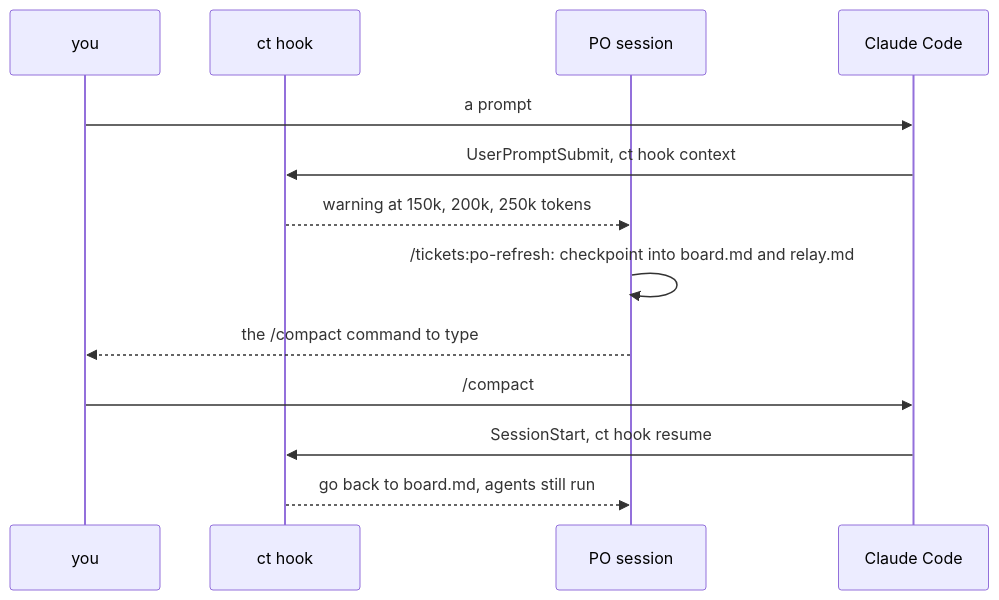
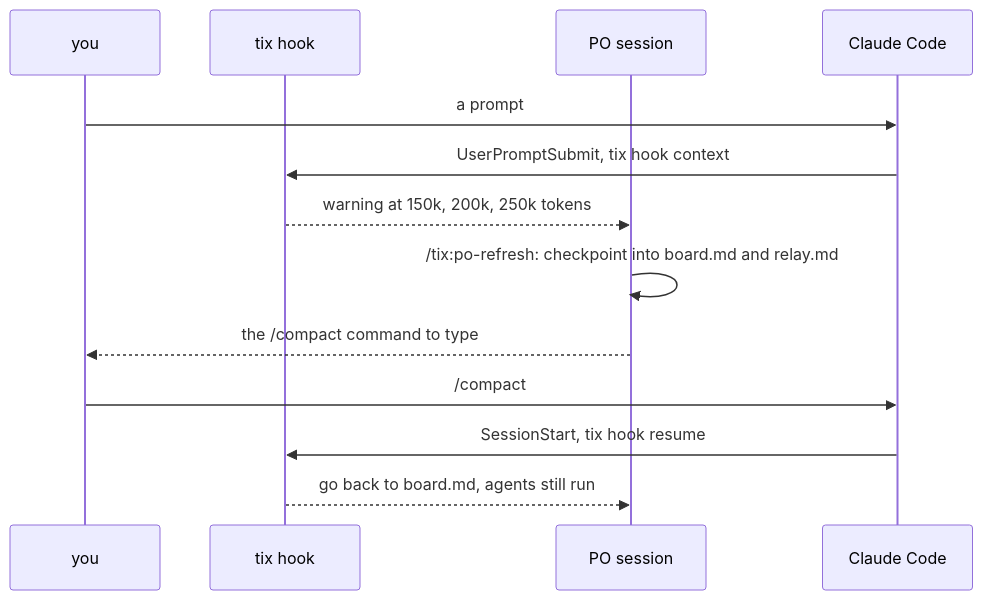
The diagram in docs/session-upkeep.md (zero4573/claude-tickets), drawn with Mermaid before and after one commit. The commit also changed other lines of this file and 361 other files, not shown here.

First line of the commit message:
feat!: rename claude-tickets to tix and run sessions on kiro too

````diff
--- a/docs/session-upkeep.md
+++ b/docs/session-upkeep.md
@@ -7,15 +7,15 @@
 ```mermaid
 sequenceDiagram
   participant U as you
-  participant H as ct hook
+  participant H as tix hook
   participant P as PO session
   participant C as Claude Code
   U->>C: a prompt
-  C->>H: UserPromptSubmit, ct hook context
+  C->>H: UserPromptSubmit, tix hook context
   H-->>P: warning at 150k, 200k, 250k tokens
-  P->>P: /tickets:po-refresh: checkpoint into board.md and relay.md
+  P->>P: /tix:po-refresh: checkpoint into board.md and relay.md
   P-->>U: the /compact command to type
   U->>C: /compact
-  C->>H: SessionStart, ct hook resume
+  C->>H: SessionStart, tix hook resume
   H-->>P: go back to board.md, agents still run
 ```
````
